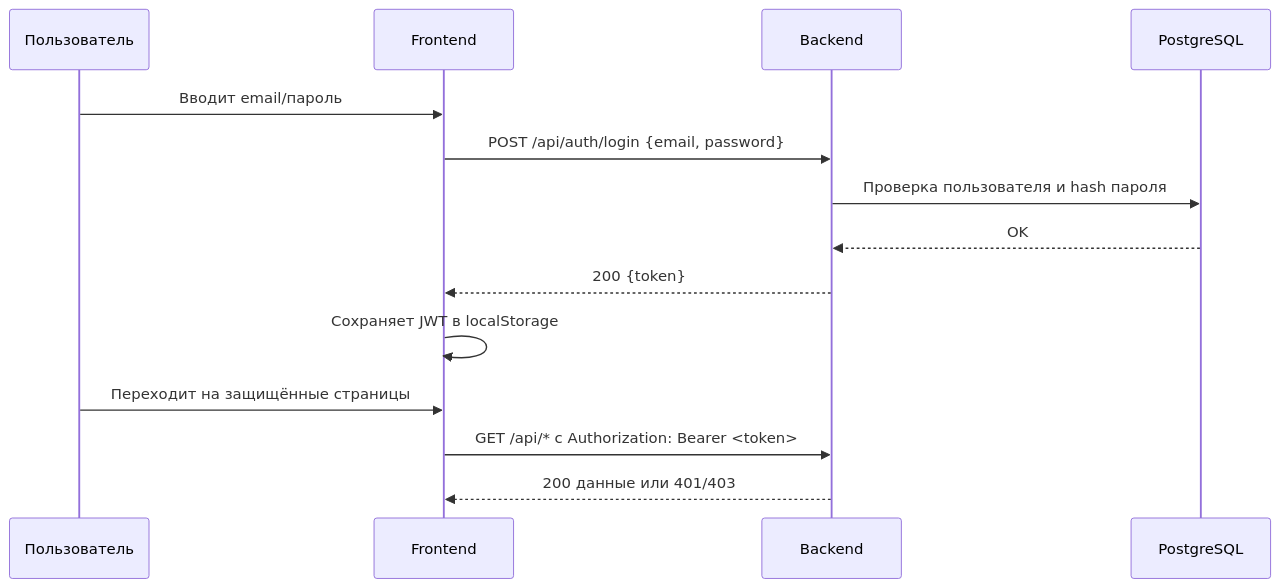
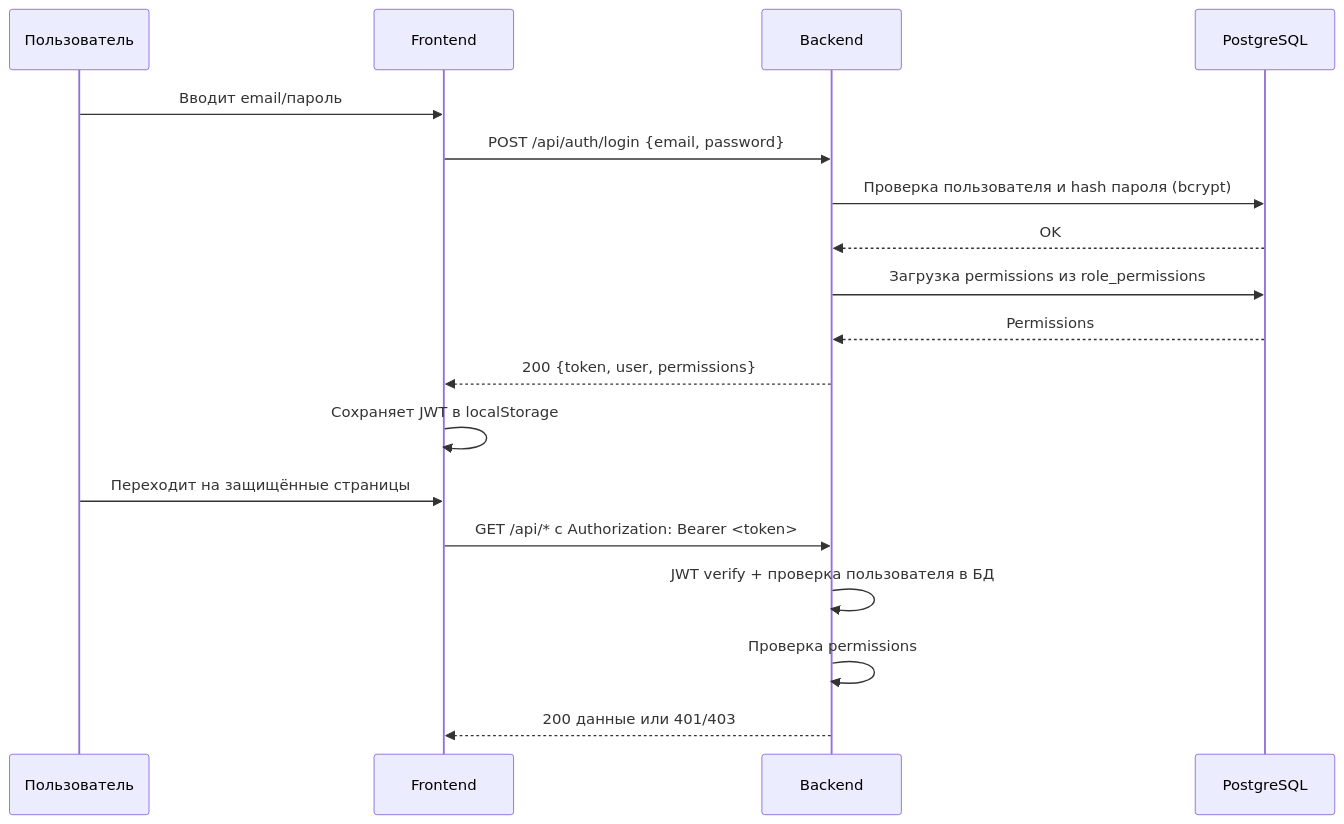
Before and after one commit to chastnik/360: the fourth of 9 diagrams in README.md, drawn with Mermaid. The commit also changed other lines of this file, not shown here.

Commit message:
Актуализирован README: обновлены все схемы БД, архитектурные диаграммы, API документация и разделы безопасности

````diff
--- a/README.md
+++ b/README.md
@@ -387,17 +467,21 @@
 ```mermaid
 sequenceDiagram
   participant U as Пользователь
   participant FE as Frontend
   participant BE as Backend
   participant DB as PostgreSQL
 
   U->>FE: Вводит email/пароль
   FE->>BE: POST /api/auth/login {email, password}
-  BE->>DB: Проверка пользователя и hash пароля
+  BE->>DB: Проверка пользователя и hash пароля (bcrypt)
   DB-->>BE: OK
-  BE-->>FE: 200 {token}
+  BE->>DB: Загрузка permissions из role_permissions
+  DB-->>BE: Permissions
+  BE-->>FE: 200 {token, user, permissions}
   FE->>FE: Сохраняет JWT в localStorage
   U->>FE: Переходит на защищённые страницы
   FE->>BE: GET /api/* c Authorization: Bearer <token>
+  BE->>BE: JWT verify + проверка пользователя в БД
+  BE->>BE: Проверка permissions
   BE-->>FE: 200 данные или 401/403
 ```
````
